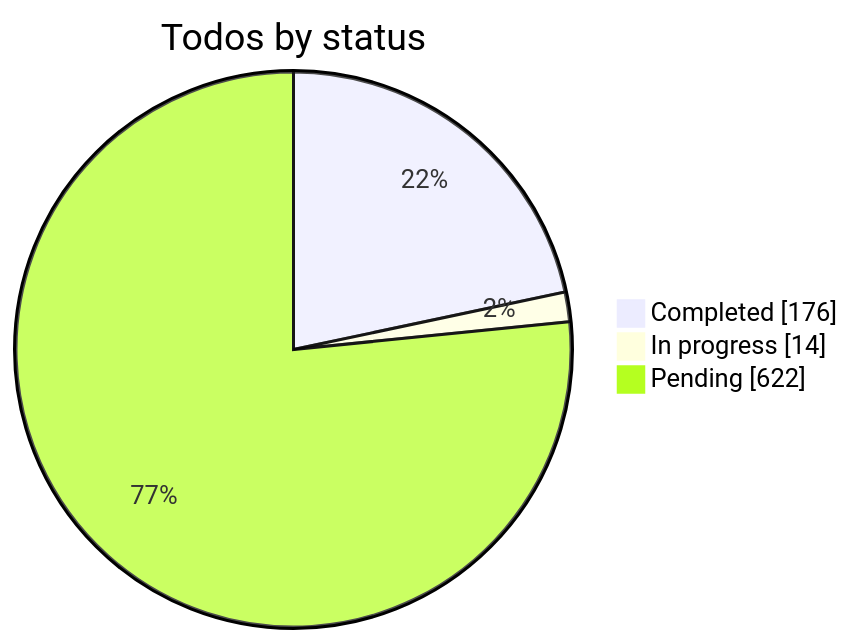
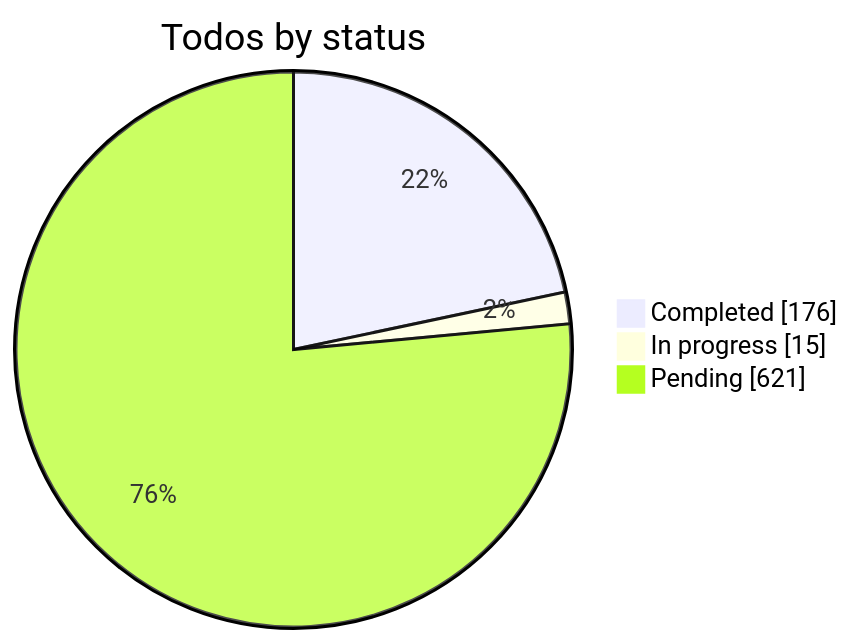
One commit to KantaPaul/next-cms changed the first of 6 diagrams in .cursor/plans/combined_cms_refs_f96163bc.plan.md. Above: the diagram before and after it, drawn with Mermaid. The commit also changed other lines of this file and 1 other file, not shown here.

````diff
--- a/.cursor/plans/combined_cms_refs_f96163bc.plan.md
+++ b/.cursor/plans/combined_cms_refs_f96163bc.plan.md
@@ -2463,6 +2463,6 @@
 ```mermaid
 pie showData title Todos by status
   "Completed" : 176
-  "In progress" : 14
-  "Pending" : 622
+  "In progress" : 15
+  "Pending" : 621
 ```
````
